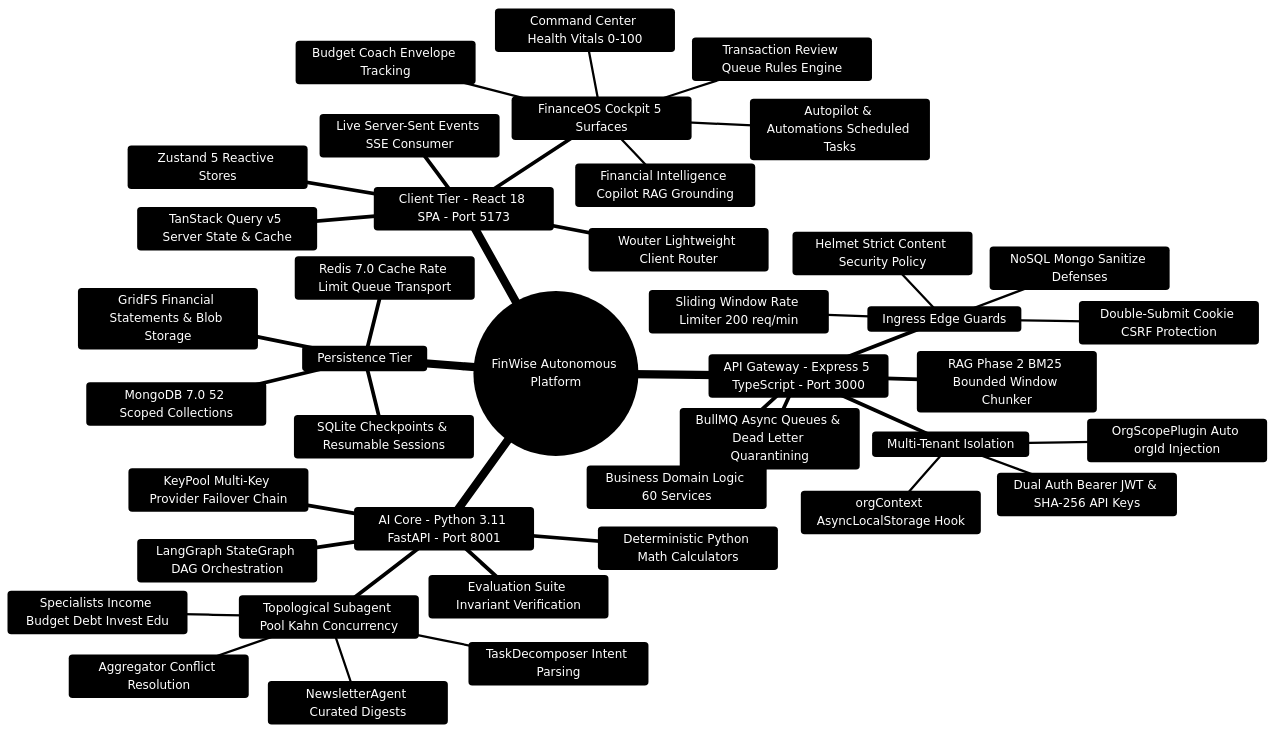
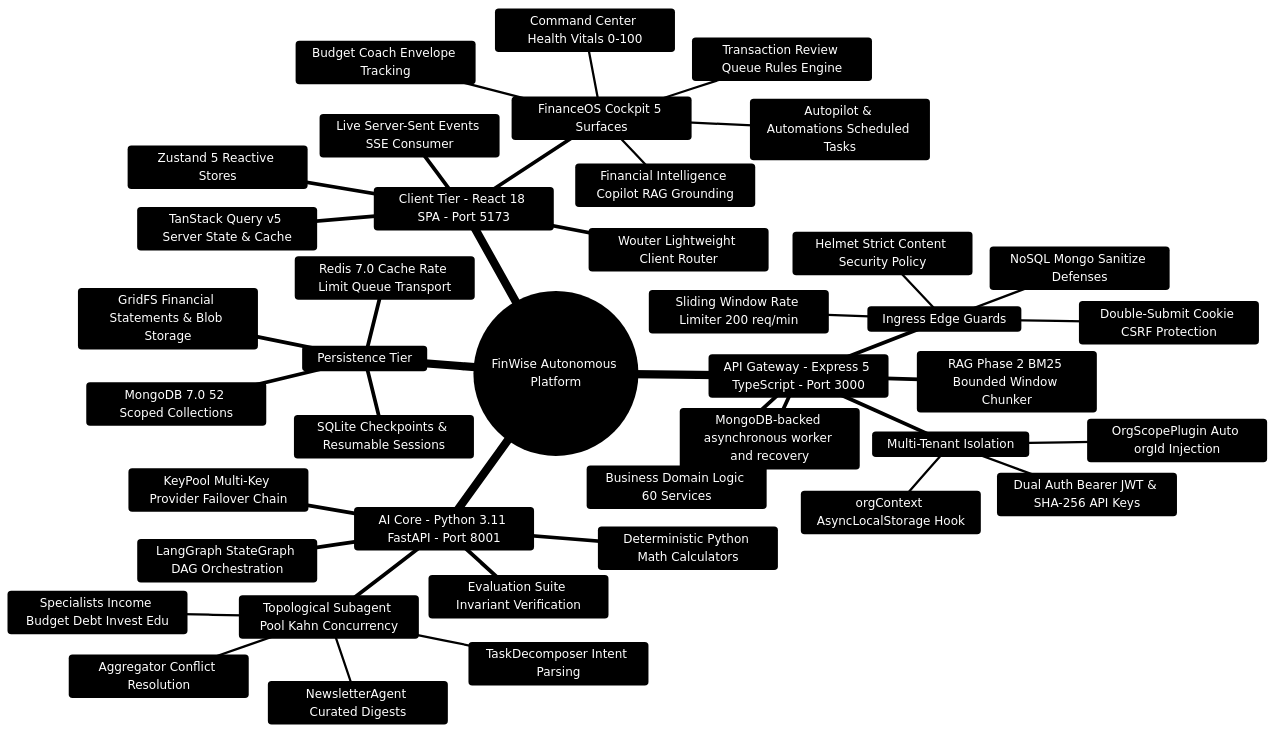
Before and after one commit to Ganesh172919/personal-finance: the first of 3 diagrams in docs/ARCHITECTURE.md, drawn with Mermaid. The commit also changed other lines of this file and 1026 other files, not shown here.

````diff
--- a/docs/ARCHITECTURE.md
+++ b/docs/ARCHITECTURE.md
@@ -11,44 +14,44 @@
 ```mermaid
 %%{init: {'theme': 'base', 'themeVariables': { 'primaryColor': '#1e293b', 'primaryTextColor': '#ffffff', 'primaryBorderColor': '#3b82f6', 'lineColor': '#60a5fa', 'secondaryColor': '#0f172a', 'tertiaryColor': '#1e1e2e'}}}%%
 mindmap
   root((FinWise Autonomous Platform))
     Client Tier - React 18 SPA - Port 5173
       FinanceOS Cockpit 5 Surfaces
         Command Center Health Vitals 0-100
         Transaction Review Queue Rules Engine
         Autopilot & Automations Scheduled Tasks
         Budget Coach Envelope Tracking
         Financial Intelligence Copilot RAG Grounding
       Zustand 5 Reactive Stores
       TanStack Query v5 Server State & Cache
       Wouter Lightweight Client Router
       Live Server-Sent Events SSE Consumer
     API Gateway - Express 5 TypeScript - Port 3000
       Ingress Edge Guards
         Helmet Strict Content Security Policy
         Sliding Window Rate Limiter 200 req/min
         Double-Submit Cookie CSRF Protection
         NoSQL Mongo Sanitize Defenses
       Multi-Tenant Isolation
         orgContext AsyncLocalStorage Hook
         OrgScopePlugin Auto orgId Injection
         Dual Auth Bearer JWT & SHA-256 API Keys
       Business Domain Logic 60 Services
-      BullMQ Async Queues & Dead Letter Quarantining
+      MongoDB-backed asynchronous worker and recovery
       RAG Phase 2 BM25 Bounded Window Chunker
     AI Core - Python 3.11 FastAPI - Port 8001
       LangGraph StateGraph DAG Orchestration
       Topological Subagent Pool Kahn Concurrency
         TaskDecomposer Intent Parsing
         Specialists Income Budget Debt Invest Edu
         Aggregator Conflict Resolution
         NewsletterAgent Curated Digests
       KeyPool Multi-Key Provider Failover Chain
       Deterministic Python Math Calculators
       Evaluation Suite Invariant Verification
     Persistence Tier
       MongoDB 7.0 52 Scoped Collections
       Redis 7.0 Cache Rate Limit Queue Transport
       GridFS Financial Statements & Blob Storage
       SQLite Checkpoints & Resumable Sessions
 ```
````
